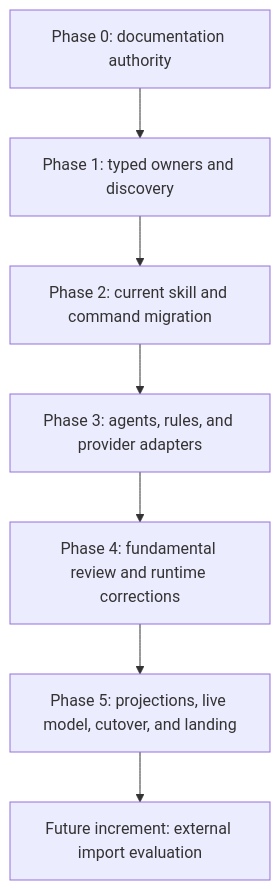
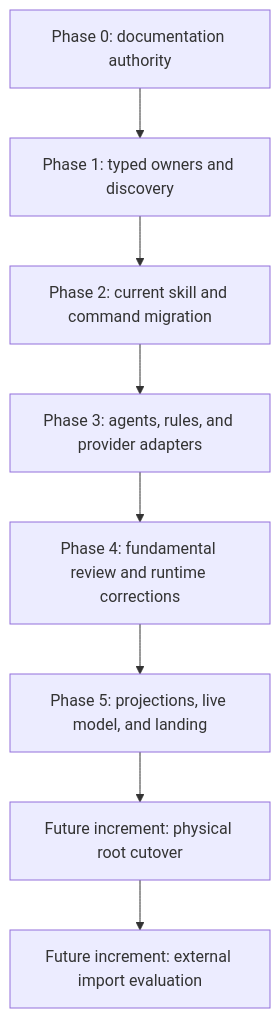
Before and after one commit to datacosmos-br/agents: the diagram in docs/execution/master-v7/05-execution-phases.md, drawn with Mermaid. The commit also changed other lines of this file and 27 other files, not shown here.

````diff
--- a/docs/execution/master-v7/05-execution-phases.md
+++ b/docs/execution/master-v7/05-execution-phases.md
@@ -5,9 +5,10 @@
 ```mermaid
 flowchart TD
     D[Phase 0: documentation authority] --> O[Phase 1: typed owners and discovery]
     O --> S[Phase 2: current skill and command migration]
     S --> A[Phase 3: agents, rules, and provider adapters]
     A --> F[Phase 4: fundamental review and runtime corrections]
-    F --> P[Phase 5: projections, live model, cutover, and landing]
-    P --> I[Future increment: external import evaluation]
+    F --> P[Phase 5: projections, live model, and landing]
+    P --> R[Future increment: physical root cutover]
+    R --> I[Future increment: external import evaluation]
 ```
````
